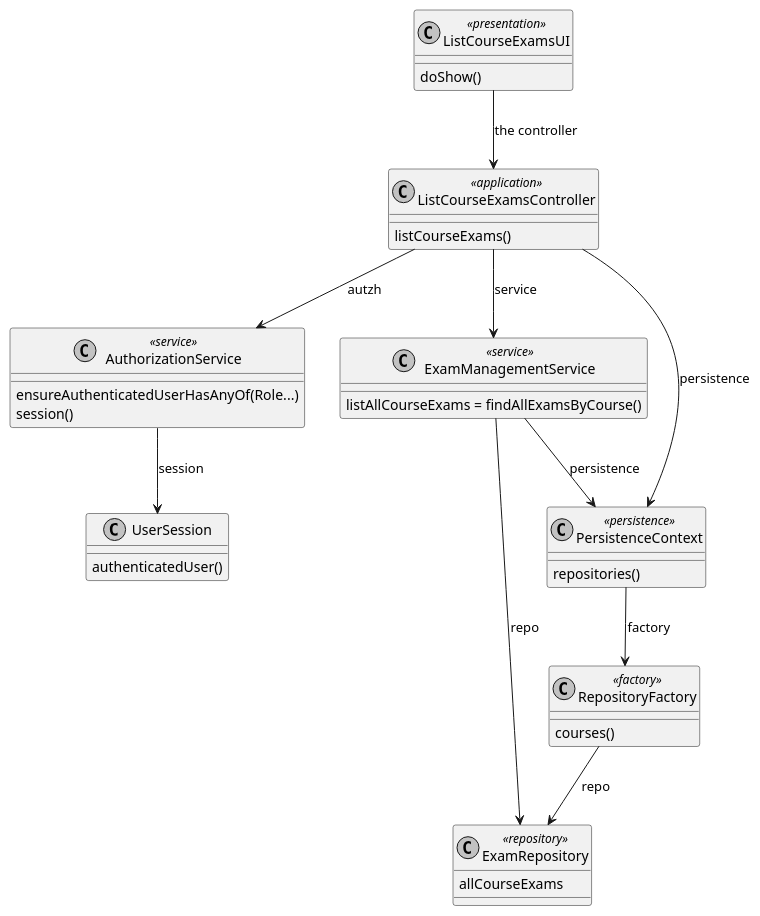
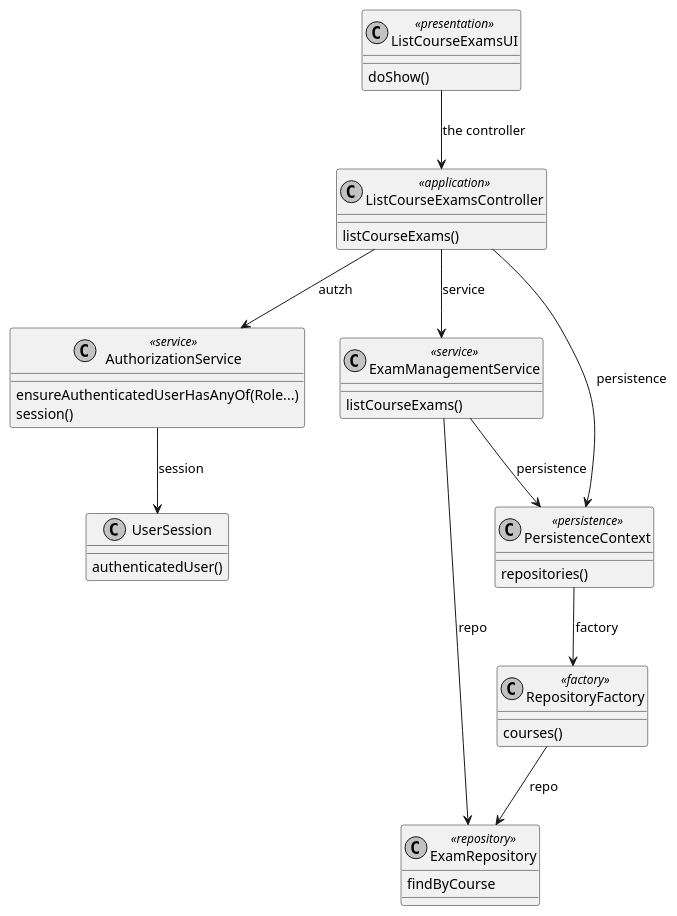
Before and after one commit to brunacosta03/sem4pi_22_23: the diagram in docs/SPRINT B/US_2003/CD/ListCourseExams-CD.puml, drawn with PlantUML. The commit also changed 3 other files, not shown here.

Commit message:
US2003: Small diagram refactors to meet the correct names #15

```diff
--- a/docs/SPRINT B/US_2003/CD/ListCourseExams-CD.puml
+++ b/docs/SPRINT B/US_2003/CD/ListCourseExams-CD.puml
@@ -1,51 +1,51 @@
 @startuml
 
 skinparam monochrome true
 skinparam packageStyle rect
 skinparam defaultFontName FG Virgil
 skinparam shadowing false
 
 class ListCourseExamsUI <<presentation>> {
     doShow()
 }
 class ListCourseExamsController <<application>> {
     listCourseExams()
 }
 
 class AuthorizationService <<service>> {
     ensureAuthenticatedUserHasAnyOf(Role...)
     session()
 }
 
 class UserSession {
     authenticatedUser()
 }
 
 class ExamManagementService <<service>> {
-    listAllCourseExams = findAllExamsByCourse()
+    listCourseExams()
 }
 
 class PersistenceContext <<persistence>> {
     repositories()
 }
 
 class RepositoryFactory <<factory>> {
     courses()
 }
 
 class ExamRepository <<repository>> {
-    allCourseExams
+    findByCourse
 }
 
 ListCourseExamsUI --> ListCourseExamsController : the controller
 ListCourseExamsController --> AuthorizationService : autzh
 ListCourseExamsController --> ExamManagementService : service
 ListCourseExamsController --> PersistenceContext : persistence
 AuthorizationService --> UserSession : session
 ExamManagementService --> PersistenceContext : persistence
 ExamManagementService --> ExamRepository : repo
 PersistenceContext --> RepositoryFactory : factory
 RepositoryFactory --> ExamRepository : repo
 
 
 @enduml
```
